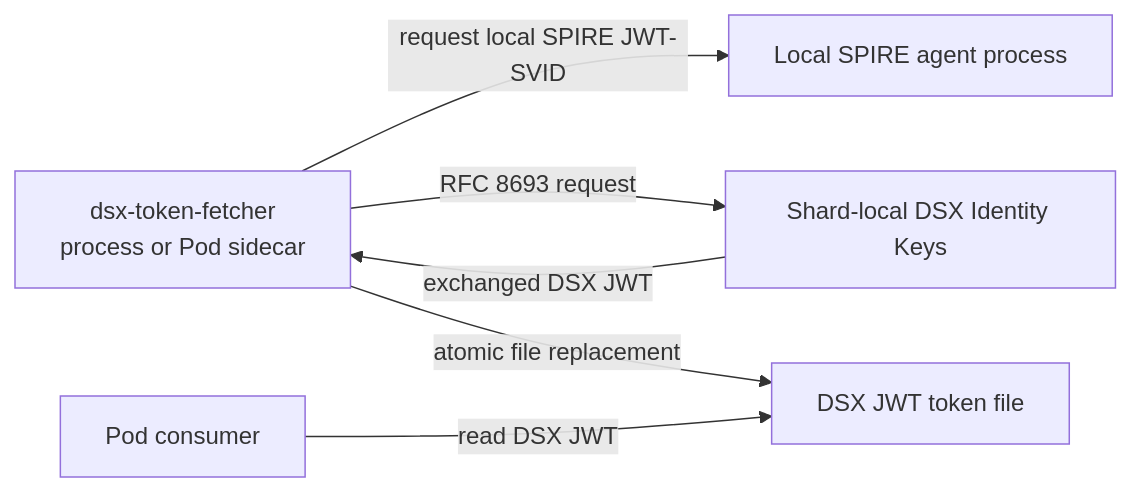
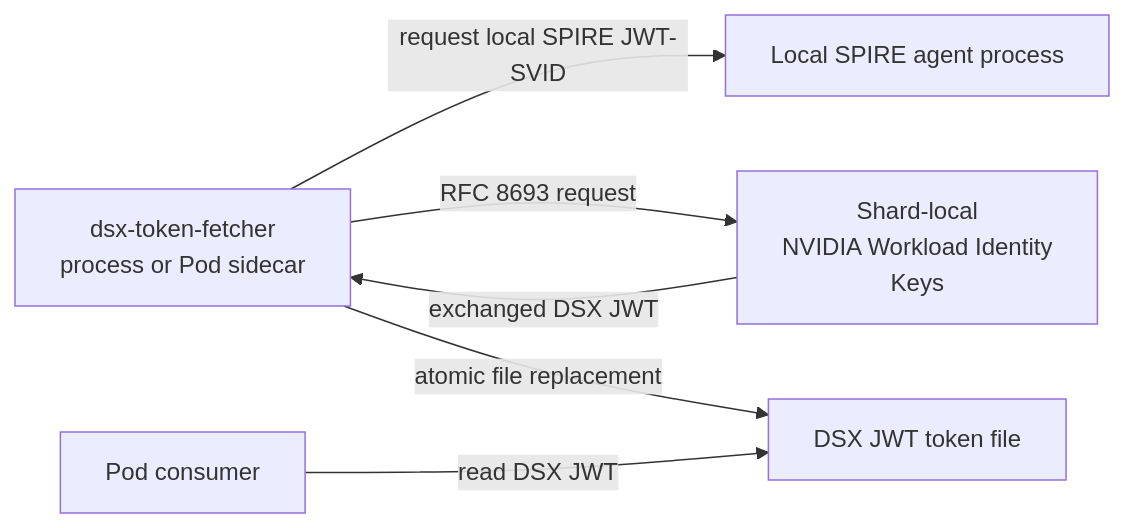
One commit to dsx-ai-factory/nvidia-workload-identity changed the diagram in cmd/dsx-token-fetcher/README.md. Above: the diagram before and after it, drawn with Mermaid. The commit also changed other lines of this file and 41 other files, not shown here.

First line of the commit message:
fix(NO-REF): update NVIDIA Workload Identity display names

````diff
--- a/cmd/dsx-token-fetcher/README.md
+++ b/cmd/dsx-token-fetcher/README.md
@@ -8,8 +8,8 @@
 ```mermaid
 flowchart LR
     Fetcher["dsx-token-fetcher<br/>process or Pod sidecar"] -->|"request local SPIRE JWT-SVID"| Agent["Local SPIRE agent process"]
-    Fetcher -->|"RFC 8693 request"| IdentityKeys["Shard-local DSX Identity Keys"]
+    Fetcher -->|"RFC 8693 request"| IdentityKeys["Shard-local<br/>NVIDIA Workload Identity<br/>Keys"]
     IdentityKeys -->|"exchanged DSX JWT"| Fetcher
     Fetcher -->|"atomic file replacement"| File["DSX JWT token file"]
     Consumer["Pod consumer"] -->|"read DSX JWT"| File
 ```
````
